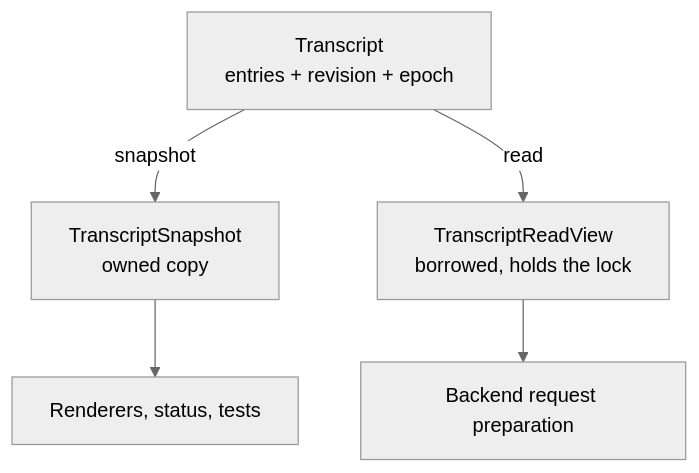
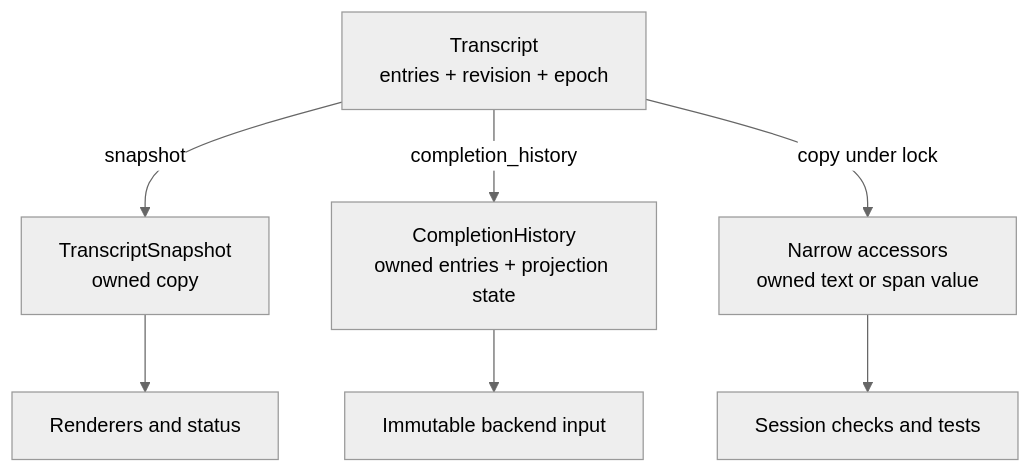
Before and after one commit to michaelpopov/cha: the third of 3 diagrams in src/transcript/README.md, drawn with Mermaid (neutral theme). The commit also changed other lines of this file and 24 other files, not shown here.

Commit message:
Switching to immutable transcript

````diff
--- a/src/transcript/README.md
+++ b/src/transcript/README.md
@@ -141,11 +137,14 @@
 ```mermaid
 flowchart TD
     C["Transcript<br/>entries + revision + epoch"]
     S["TranscriptSnapshot<br/>owned copy"]
-    V["TranscriptReadView<br/>borrowed, holds the lock"]
-    R["Renderers, status, tests"]
-    B["Backend request preparation"]
+    H["CompletionHistory<br/>owned entries + projection state"]
+    N["Narrow accessors<br/>owned text or span value"]
+    R["Renderers and status"]
+    B["Immutable backend input"]
+    T["Session checks and tests"]
 
     C -->|"snapshot"| S --> R
-    C -->|"read"| V --> B
+    C -->|"completion_history"| H --> B
+    C -->|"copy under lock"| N --> T
 ```
````
